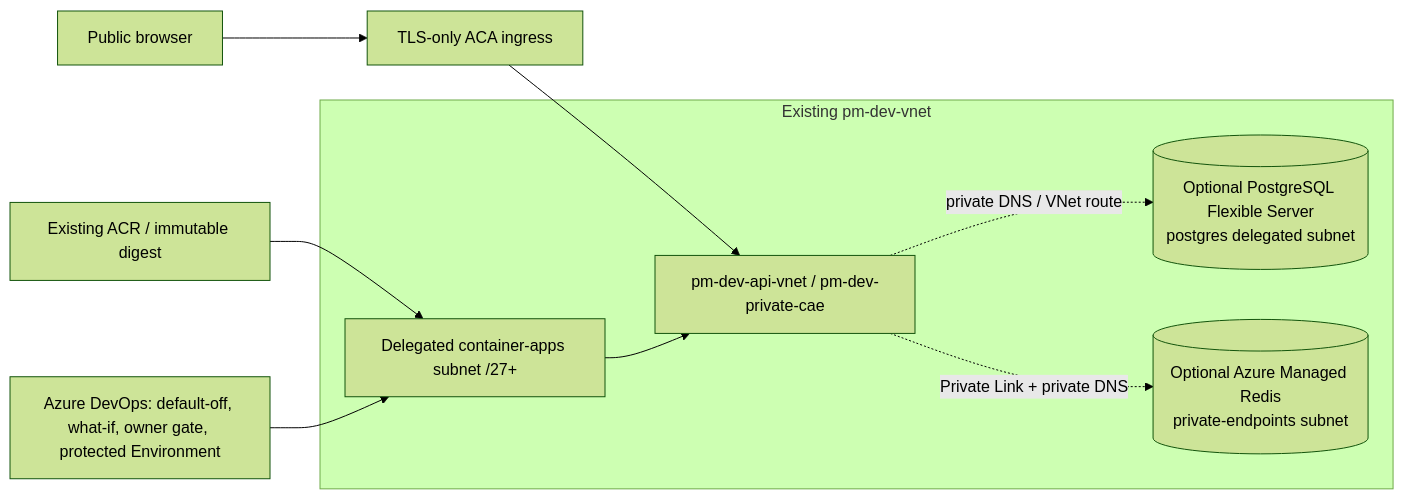
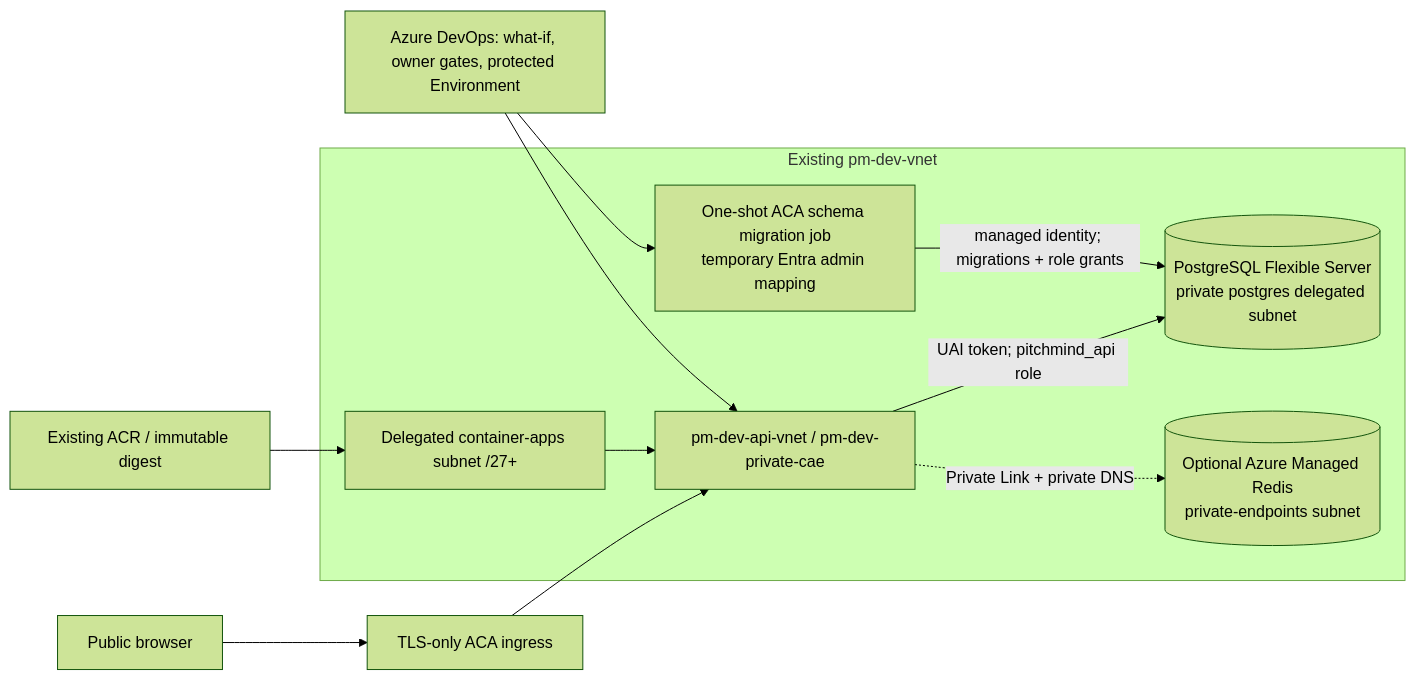
One commit to prateekgangopadhyay/PitchMind changed the third of 3 diagrams in docs/architecture/04-deployment.md. Above: the diagram before and after it, drawn with Mermaid (forest theme). The commit also changed other lines of this file and 13 other files, not shown here.

Commit message:
Fix DEV PostgreSQL readiness deployment (#318)

````diff
--- a/docs/architecture/04-deployment.md
+++ b/docs/architecture/04-deployment.md
@@ -71,12 +71,14 @@
 ```mermaid
 flowchart LR
   Browser["Public browser"] --> ACAIngress["TLS-only ACA ingress"]
   ACAIngress --> API["pm-dev-api-vnet / pm-dev-private-cae"]
   subgraph VNet["Existing pm-dev-vnet"]
     ACA["Delegated container-apps subnet /27+"] --> API
-    API -. "private DNS / VNet route" .-> PG[("Optional PostgreSQL Flexible Server\npostgres delegated subnet")]
+    API -->|"UAI token; pitchmind_api role"| PG[("PostgreSQL Flexible Server\nprivate postgres delegated subnet")]
+    MIG["One-shot ACA schema migration job\ntemporary Entra admin mapping"] -->|"managed identity; migrations + role grants"| PG
     API -. "Private Link + private DNS" .-> Redis[("Optional Azure Managed Redis\nprivate-endpoints subnet")]
   end
   ACR["Existing ACR / immutable digest"] --> ACA
-  ADO["Azure DevOps: default-off, what-if, owner gate, protected Environment"] --> ACA
+  ADO["Azure DevOps: what-if, owner gates, protected Environment"] --> MIG
+  ADO --> API
 ```
````
